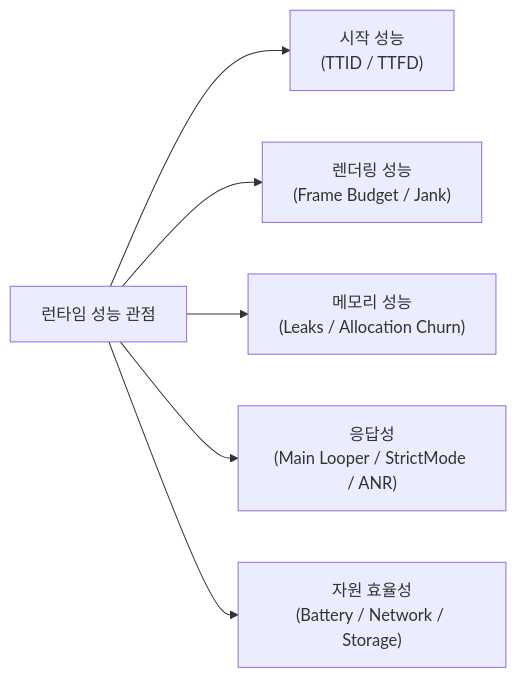
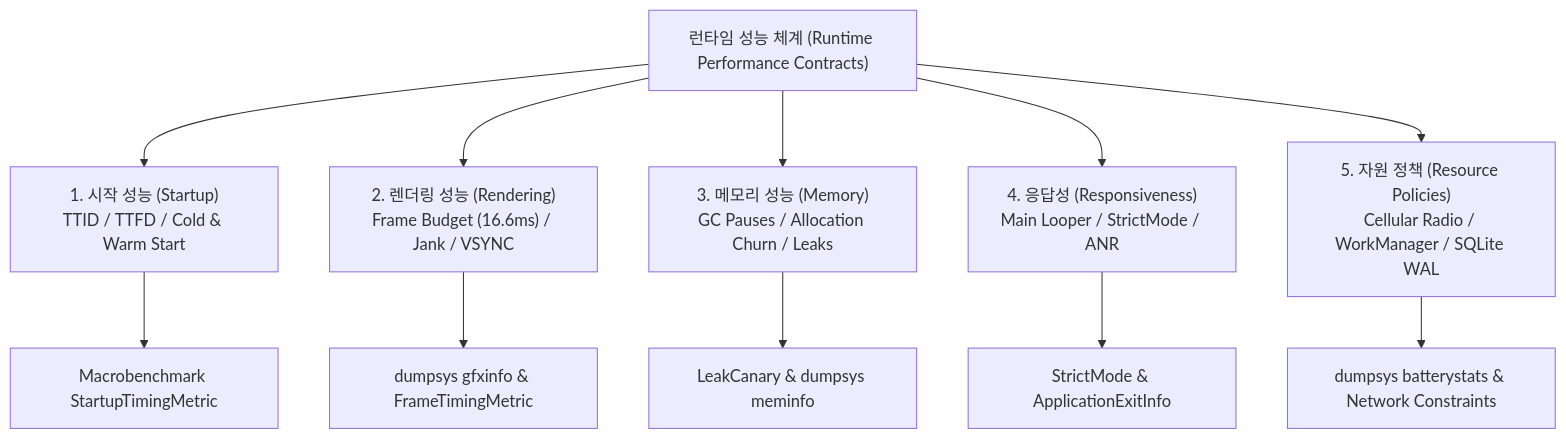
Before and after one commit to youngmin-gwon/what-i-studied: the first of 2 diagrams in 01_inbox/mobile/android/06_testing_performance/performance/performance.md, drawn with Mermaid. The commit also changed other lines of this file and 83 other files, not shown here.

````diff
--- a/01_inbox/mobile/android/06_testing_performance/performance/performance.md
+++ b/01_inbox/mobile/android/06_testing_performance/performance/performance.md
@@ -15,10 +17,16 @@
 ```mermaid
-flowchart LR
-    RuntimeMetrics["런타임 성능 관점"]
+flowchart TD
+    RuntimePerf["런타임 성능 체계 (Runtime Performance Contracts)"]
     
-    RuntimeMetrics --> Startup["시작 성능<br/>(TTID / TTFD)"]
-    RuntimeMetrics --> FrameJank["렌더링 성능<br/>(Frame Budget / Jank)"]
-    RuntimeMetrics --> Memory["메모리 성능<br/>(Leaks / Allocation Churn)"]
-    RuntimeMetrics --> MainThread["응답성<br/>(Main Looper / StrictMode / ANR)"]
-    RuntimeMetrics --> Resource["자원 효율성<br/>(Battery / Network / Storage)"]
+    RuntimePerf --> Startup["1. 시작 성능 (Startup)<br/>TTID / TTFD / Cold & Warm Start"]
+    RuntimePerf --> FrameJank["2. 렌더링 성능 (Rendering)<br/>Frame Budget (16.6ms) / Jank / VSYNC"]
+    RuntimePerf --> Memory["3. 메모리 성능 (Memory)<br/>GC Pauses / Allocation Churn / Leaks"]
+    RuntimePerf --> MainThread["4. 응답성 (Responsiveness)<br/>Main Looper / StrictMode / ANR"]
+    RuntimePerf --> Resource["5. 자원 정책 (Resource Policies)<br/>Cellular Radio / WorkManager / SQLite WAL"]
+
+    Startup --> BenchmarkLink["Macrobenchmark StartupTimingMetric"]
+    FrameJank --> FrameStatsLink["dumpsys gfxinfo & FrameTimingMetric"]
+    Memory --> LeakLink["LeakCanary & dumpsys meminfo"]
+    MainThread --> StrictLink["StrictMode & ApplicationExitInfo"]
+    Resource --> BatteryLink["dumpsys batterystats & Network Constraints"]
 ```
````
